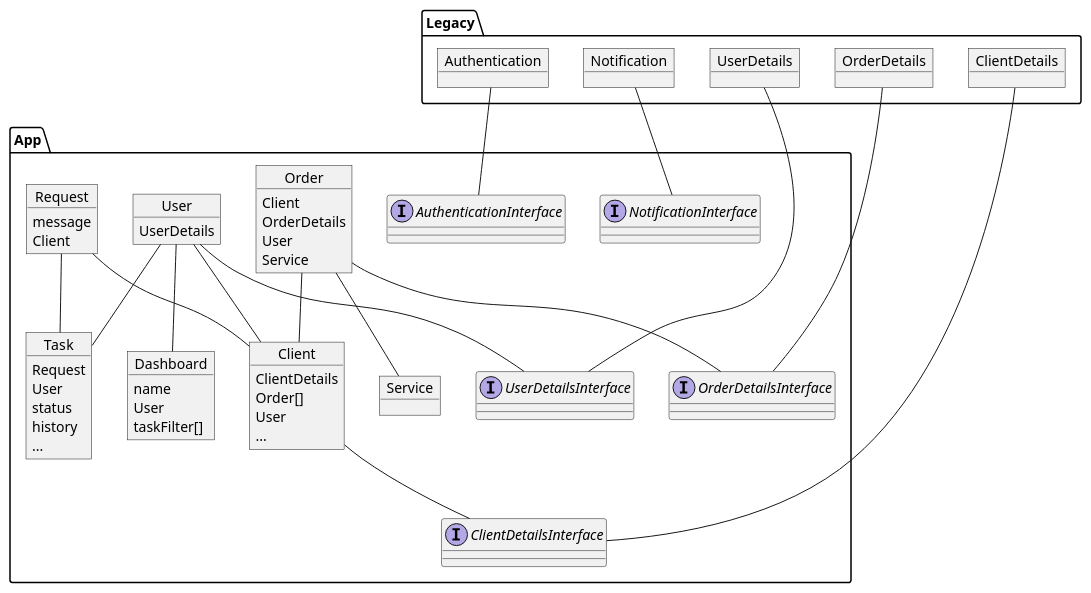
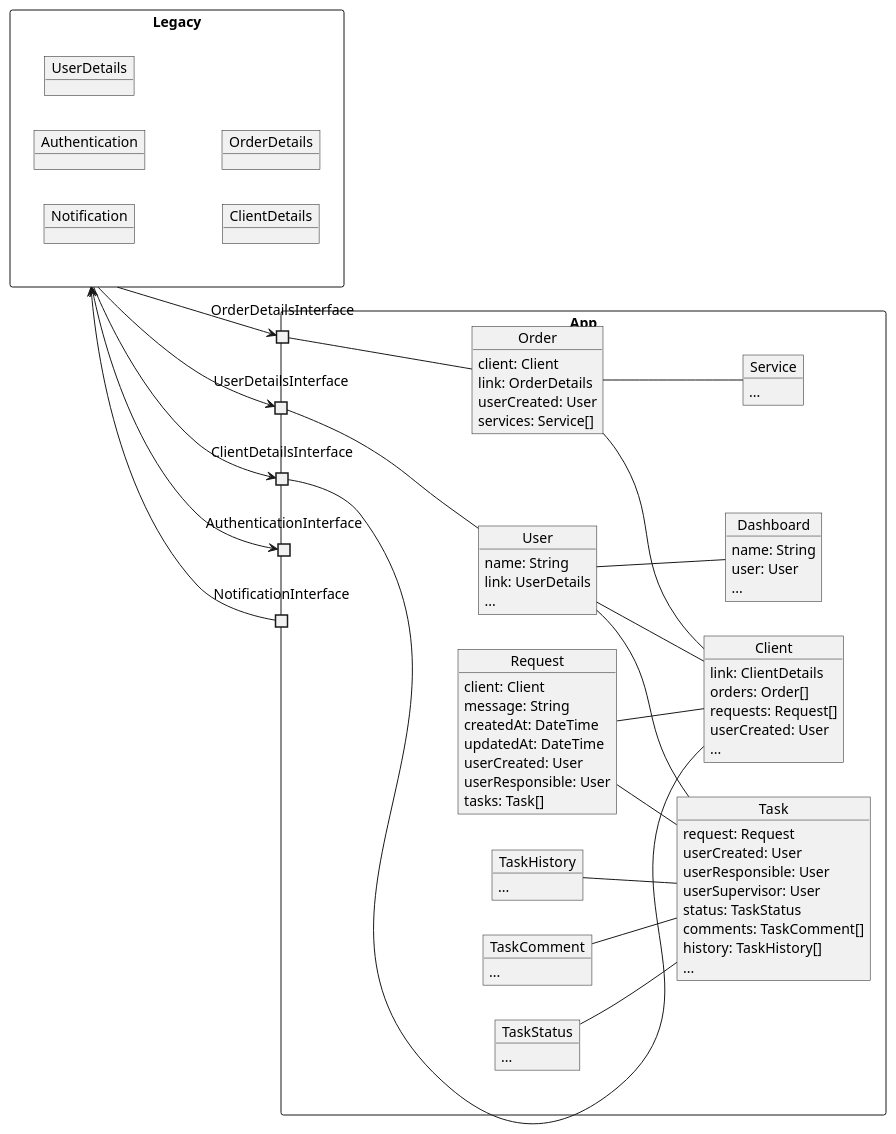
Before and after one commit to mrr000/gb-coursework: the first of 3 diagrams in docs/first-uml.plantuml, drawn with PlantUML. The commit also changed 4 other files, not shown here.

```diff
--- a/docs/first-uml.plantuml
+++ b/docs/first-uml.plantuml
@@ -1,81 +1,109 @@
 @startuml Entity
+allowmixing
+left to right direction
+skinparam packageStyle rectangle
+skinparam componentStyle rectangle
 
-package Legacy {
-
-    object Notification
-    object Authentication
-    object ClientDetails
-    object OrderDetails
-    object UserDetails
-
-}
-
-package App {
-
-    interface UserDetailsInterface
-    interface NotificationInterface
-    interface AuthenticationInterface
-    interface ClientDetailsInterface
-    interface OrderDetailsInterface
+component App {
+    port UserDetailsInterface
+    port NotificationInterface
+    port AuthenticationInterface
+    port ClientDetailsInterface
+    port OrderDetailsInterface
 
     object User {
-        UserDetails
+        name: String
+        link: UserDetails
+        ...
     }
 
     object Client {
-        ClientDetails
-        Order[]
-        User
+        link: ClientDetails
+        orders: Order[]
+        requests: Request[]
+        userCreated: User
         ...
     }
 
     object Order {
-        Client
-        OrderDetails
-        User
-        Service
+        client: Client
+        link: OrderDetails
+        userCreated: User
+        services: Service[]
     }
 
     object Service {
+        ...
     }
 
     object Request {
-        message
-        Client
+        client: Client
+        message: String
+        createdAt: DateTime
+        updatedAt: DateTime
+        userCreated: User
+        userResponsible: User
+        tasks: Task[]
     }
 
     object Dashboard {
-        name
-        User
-        taskFilter[]
+        name: String
+        user: User
+        ...
     }
 
     object Task {
-        Request
-        User
-        status
-        history
+        request: Request
+        userCreated: User
+        userResponsible: User
+        userSupervisor: User
+        status: TaskStatus
+        comments: TaskComment[]
+        history: TaskHistory[]
         ...
     }
 
+    object TaskStatus {
+        ...
+    }
+
+    object TaskHistory {
+        ...
+    }
+
+    object TaskComment {
+        ...
+    }
+}
+
+component Legacy {
+    object Notification
+    object Authentication
+    object UserDetails
+    object ClientDetails
+    object OrderDetails
 }
 
 Order -- Service
 Order -- Client
 Request -- Client
 Request -- Task
 User -- Task
 User -- Client
 User -- Dashboard
-User -- UserDetailsInterface
-Client -- ClientDetailsInterface
-Order -- OrderDetailsInterface
+TaskStatus -- Task
+TaskHistory -- Task
+TaskComment -- Task
 
 
-Notification -- NotificationInterface
-Authentication -- AuthenticationInterface
-UserDetails -- UserDetailsInterface
-ClientDetails -- ClientDetailsInterface
-OrderDetails -- OrderDetailsInterface
+OrderDetailsInterface --- Order
+UserDetailsInterface --- User
+ClientDetailsInterface --- Client
+
+Legacy <-- NotificationInterface
+Legacy <--> AuthenticationInterface
+Legacy --> UserDetailsInterface
+Legacy --> ClientDetailsInterface
+Legacy --> OrderDetailsInterface
 
 @enduml
```
